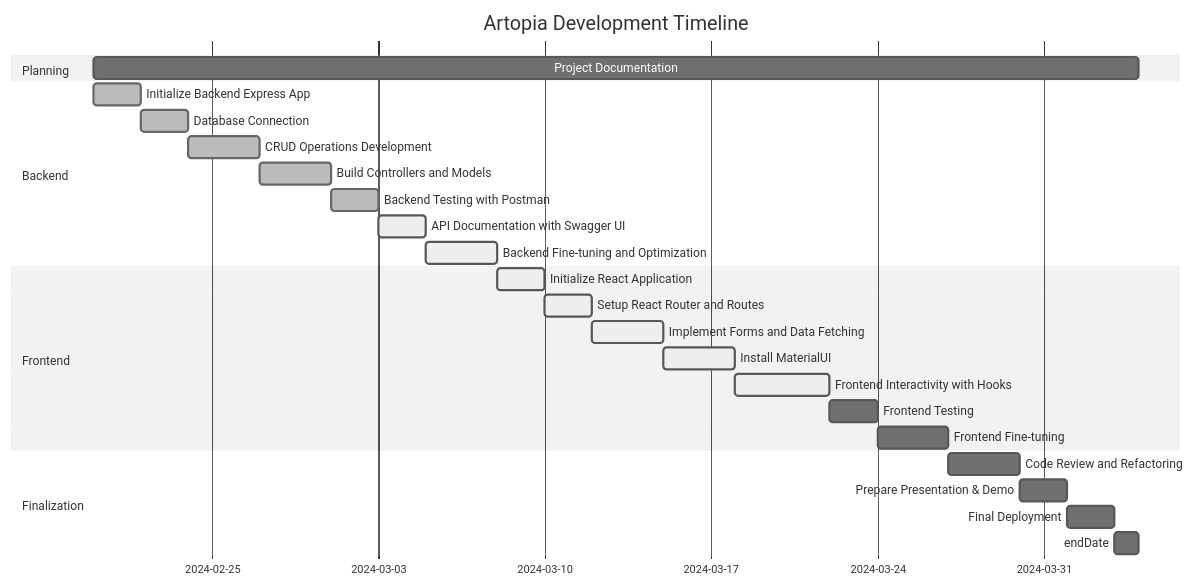
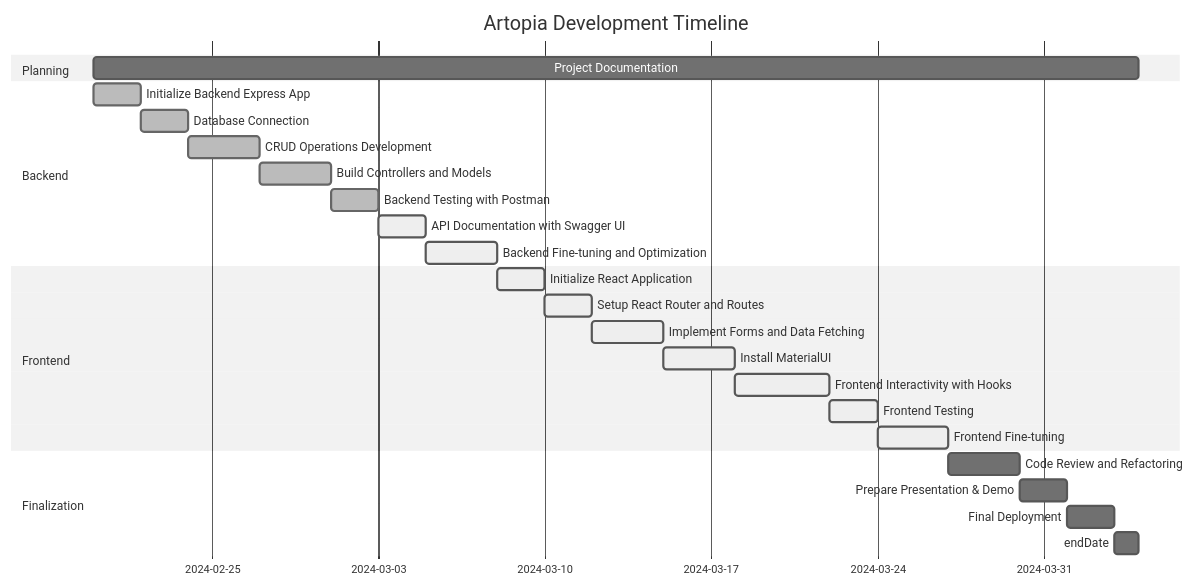
The diagram in Documents/Chart/gantt.md (institutedata/capstone-SimianPrimus), drawn with Mermaid (neutral theme) before and after one commit. The commit also changed 14 other files, not shown here.

````diff
--- a/Documents/Chart/gantt.md
+++ b/Documents/Chart/gantt.md
@@ -1,33 +1,33 @@
 ```mermaid
     gantt 
     dateFormat  YYYY-MM-DD
     title Artopia Development Timeline
 
     section Planning                    
     Project Documentation               :doc1, 2024-02-20, 2024-04-04
 
     section Backend
     Initialize Backend Express App      :done,    b1, 2024-02-20, 2d
     Database Connection                 :done,    b2, after b1, 2d
     CRUD Operations Development         :done,    b3, after b2, 3d
     Build Controllers and Models        :done,    b4, after b3, 3d
     Backend Testing with Postman        :done,    b5, after b4, 2d
     API Documentation with Swagger UI   :active,  b6, after b5, 2d
     Backend Fine-tuning and Optimization:active,  b7, after b6, 3d
 
     section Frontend
     Initialize React Application        :active,  f1, after b7, 2d
     Setup React Router and Routes       :active,  f2, after f1, 2d
     Implement Forms and Data Fetching   :active,  f3, after f2, 3d
     Install MaterialUI                  :active,  f4, after f3, 3d
     Frontend Interactivity with Hooks   :active,  f5, after f4, 4d
-    Frontend Testing                    :         f6, after f5, 2d
-    Frontend Fine-tuning                :         f7, after f6, 3d
+    Frontend Testing                    :active,  f6, after f5, 2d
+    Frontend Fine-tuning                :active,  f7, after f6, 3d
 
     section Finalization
     Code Review and Refactoring         :         cr, after f7, 3d
     Prepare Presentation & Demo         :         pd, after cr, 2d
     Final Deployment                    :         fd, after pd, 2d
 
     endDate                             :         2024-04-04
 ```
````
